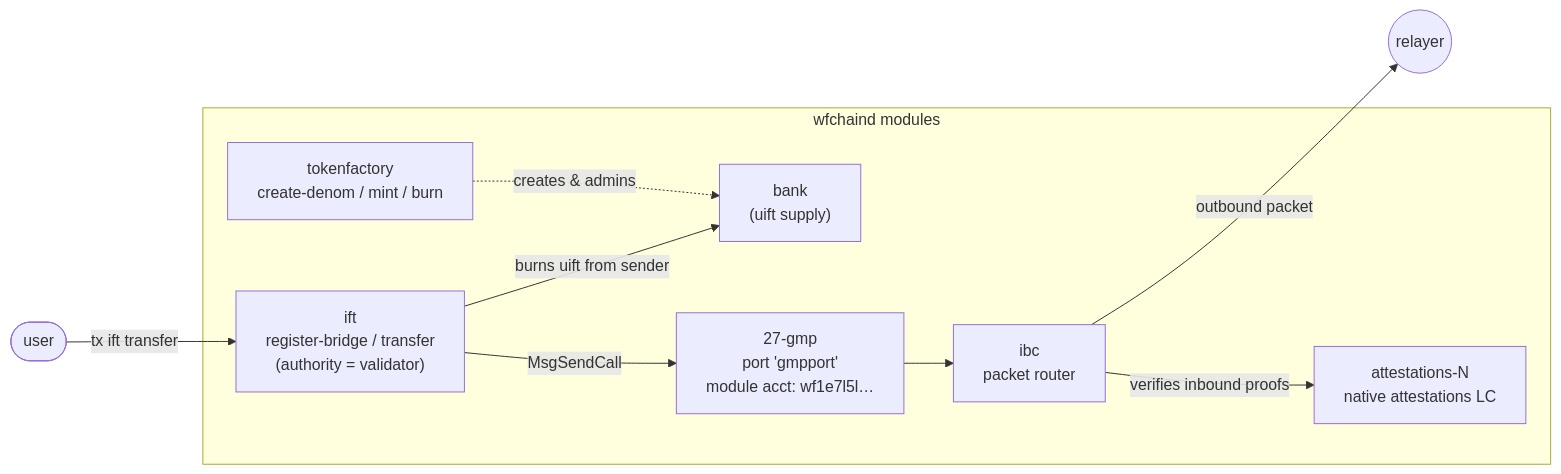
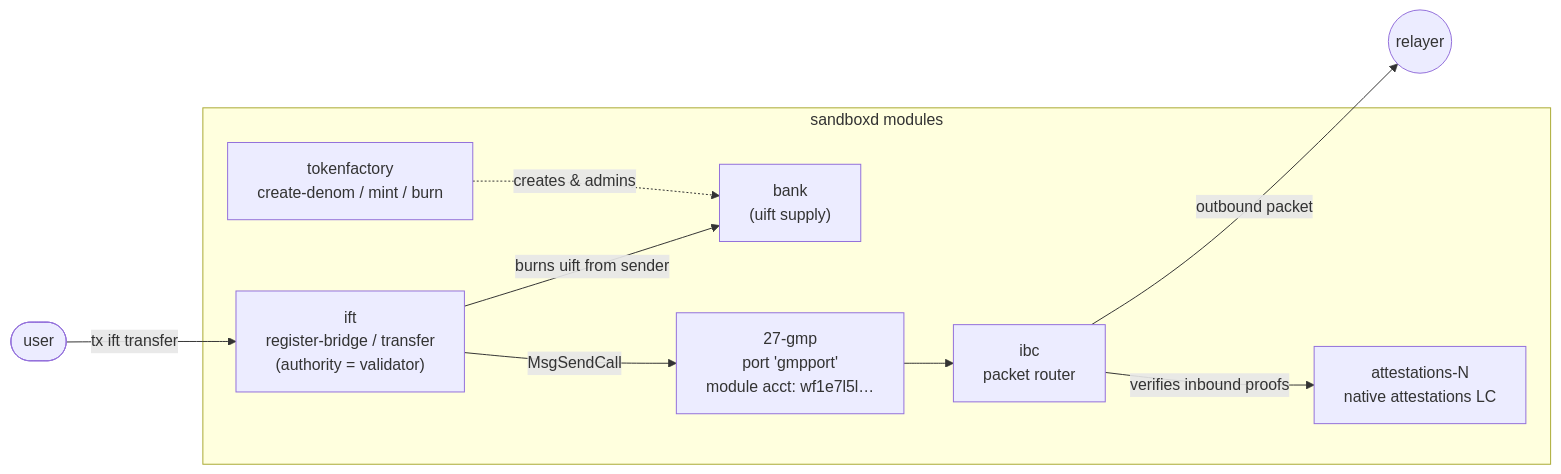
Before and after one commit to cosmos/ibc-e2e-docs-example: the second of 3 diagrams in demo/cosmos-evm/README.md, drawn with Mermaid. The commit also changed other lines of this file and 5 other files, not shown here.

````diff
--- a/demo/cosmos-evm/README.md
+++ b/demo/cosmos-evm/README.md
@@ -58,19 +58,19 @@
 ```mermaid
 graph LR
-    subgraph Cosmos["wfchaind modules"]
+    subgraph Cosmos["sandboxd modules"]
         Bank["bank<br/>(uift supply)"]
         TF["tokenfactory<br/>create-denom / mint / burn"]
         IFT["ift<br/>register-bridge / transfer<br/>(authority = validator)"]
         GMP["27-gmp<br/>port 'gmpport'<br/>module acct: wf1e7l5l…"]
         IBC["ibc<br/>packet router"]
         AttLC["attestations-N<br/>native attestations LC"]
     end
 
     User(["user"]) -->|tx ift transfer| IFT
     IFT -->|burns uift from sender| Bank
     IFT -->|MsgSendCall| GMP
     TF -.->|creates & admins| Bank
     GMP --> IBC
     IBC -->|outbound packet| Relayer(("relayer"))
     IBC -->|verifies inbound proofs| AttLC
 ```
````
